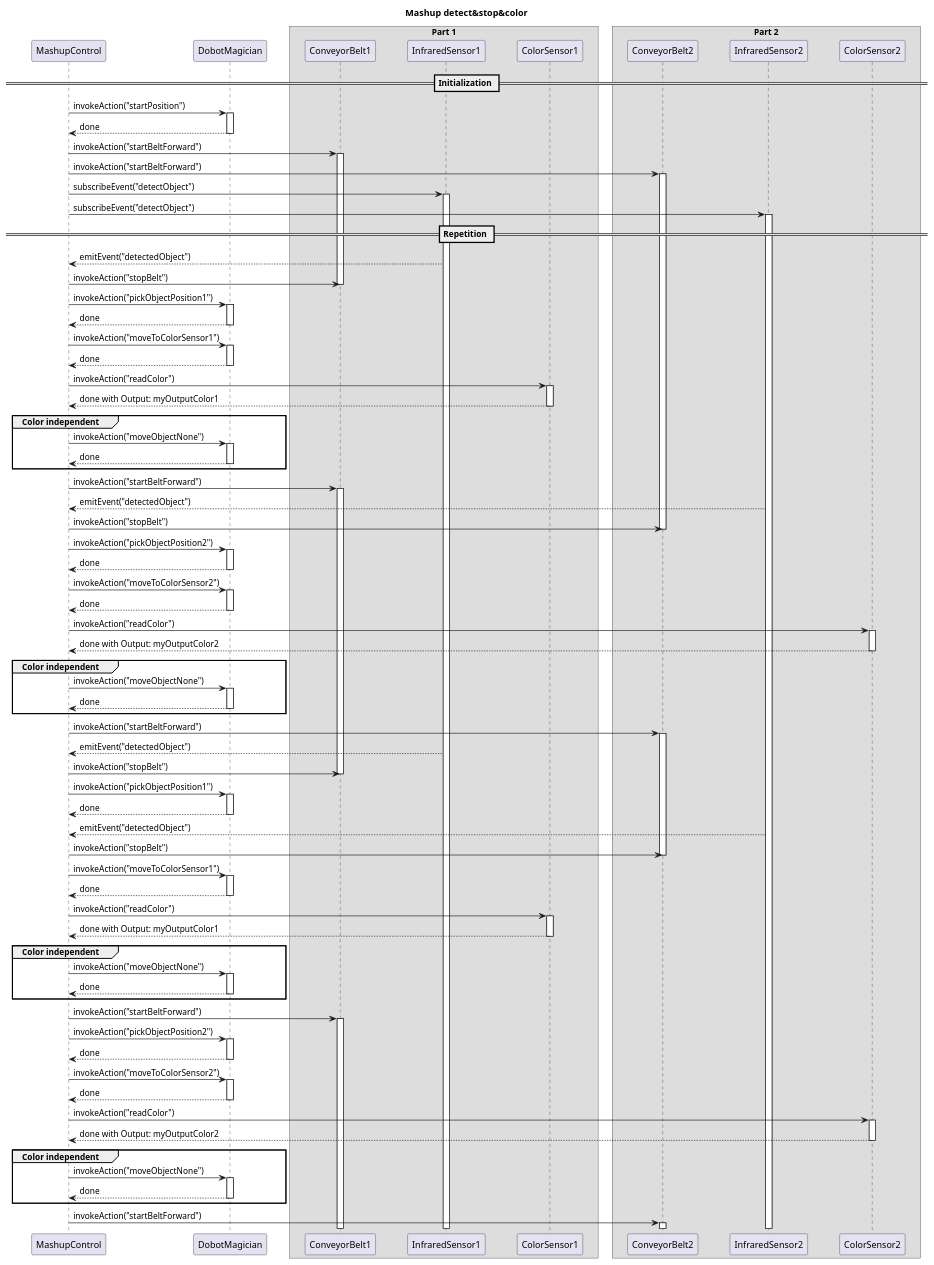
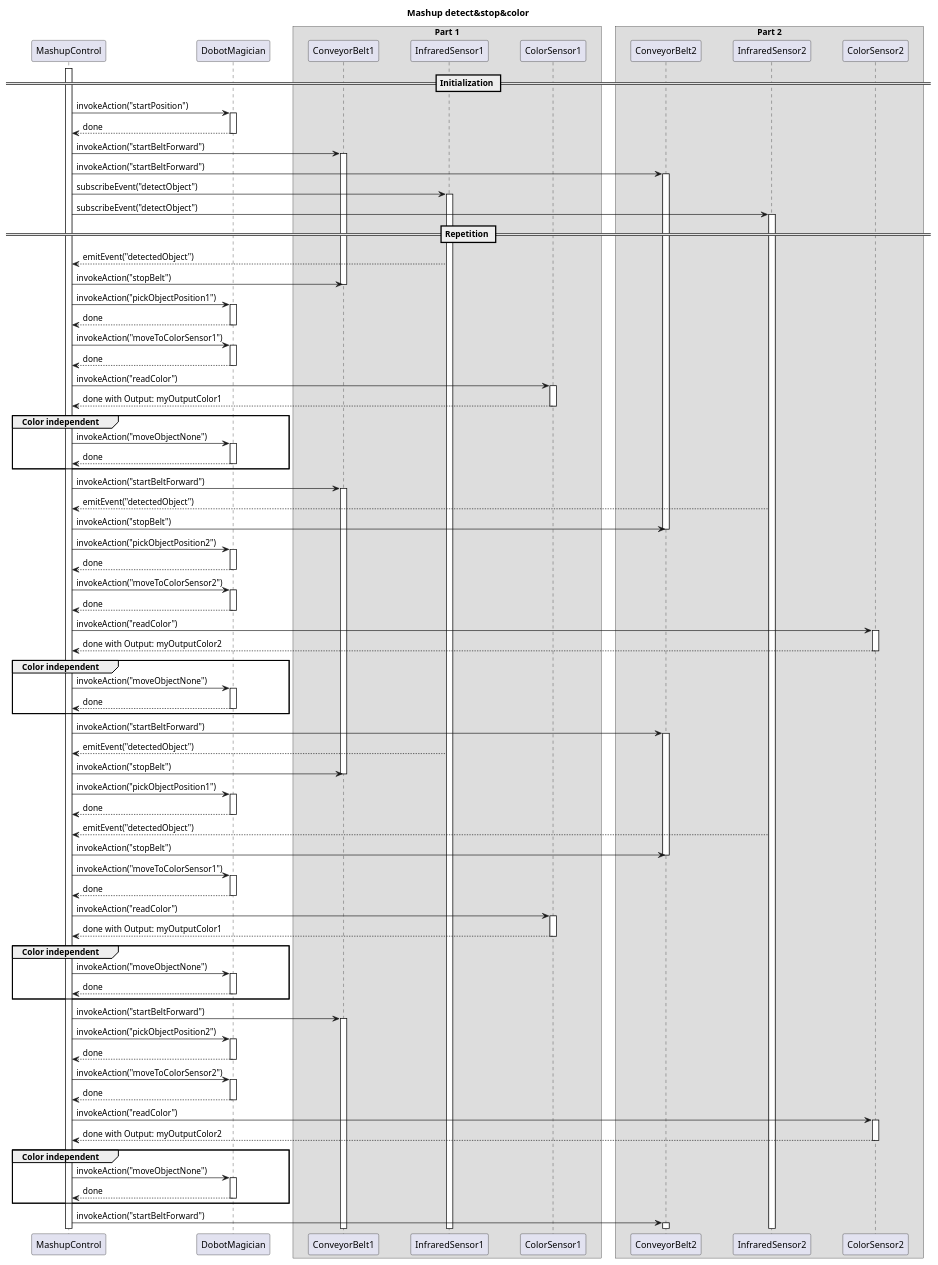
One commit to tum-esi/wot-sys changed the diagram in SequenceDiagrams/SequenceDiagramUML_mashup_detect_stop_color.wsd. Above: the diagram before and after it, drawn with PlantUML.

```diff
--- a/SequenceDiagrams/SequenceDiagramUML_mashup_detect_stop_color.wsd
+++ b/SequenceDiagrams/SequenceDiagramUML_mashup_detect_stop_color.wsd
@@ -1,142 +1,144 @@
 @startuml
 
 title Mashup detect&stop&color
 
 skinparam ParticipantPadding 20
 skinparam BoxPadding 10
 
 participant MashupControl as MC
 participant DobotMagician as DM
 
 box "Part 1"
 participant ConveyorBelt1 as CB1
 participant InfraredSensor1 as IS1
 participant ColorSensor1 as CS1
 end box
 
 box "Part 2"
 participant ConveyorBelt2 as CB2
 participant InfraredSensor2 as IS2
 participant ColorSensor2 as CS2
 end box
 
 
 == Initialization ==
+
+activate MC
 
 MC -> DM: invokeAction("startPosition")
 activate DM
 MC <-- DM: done
 deactivate DM
 
 MC -> CB1: invokeAction("startBeltForward")
 activate CB1
 MC -> CB2: invokeAction("startBeltForward")
 activate CB2
 
 MC -> IS1: subscribeEvent("detectObject")
 activate IS1
 
 MC -> IS2: subscribeEvent("detectObject")
 activate IS2
 
 == Repetition ==
 
 MC <-- IS1: emitEvent("detectedObject")
 MC -> CB1: invokeAction("stopBelt")
 deactivate CB1
 MC -> DM: invokeAction("pickObjectPosition1")
 activate DM
 MC <-- DM: done
 deactivate DM
 MC -> DM: invokeAction("moveToColorSensor1")
 activate DM
 MC <-- DM: done
 deactivate DM
 MC -> CS1: invokeAction("readColor")
 activate CS1
 MC <-- CS1: done with Output: myOutputColor1
 deactivate CS1
 group Color independent
 MC -> DM: invokeAction("moveObjectNone")
 activate DM
 MC <-- DM: done
 deactivate DM
 end
 MC -> CB1: invokeAction("startBeltForward")
 activate CB1
 
 
 MC <-- IS2: emitEvent("detectedObject")
 MC -> CB2: invokeAction("stopBelt")
 deactivate CB2
 MC -> DM: invokeAction("pickObjectPosition2")
 activate DM
 MC <-- DM: done
 deactivate DM
 MC -> DM: invokeAction("moveToColorSensor2")
 activate DM
 MC <-- DM: done
 deactivate DM
 MC -> CS2: invokeAction("readColor")
 activate CS2
 MC <-- CS2: done with Output: myOutputColor2
 deactivate CS2
 group Color independent
 MC -> DM: invokeAction("moveObjectNone")
 activate DM
 MC <-- DM: done
 deactivate DM
 end
 MC -> CB2: invokeAction("startBeltForward")
 activate CB2
 
 MC <-- IS1: emitEvent("detectedObject")
 MC -> CB1: invokeAction("stopBelt")
 deactivate CB1
 MC -> DM: invokeAction("pickObjectPosition1")
 activate DM
 MC <-- DM: done
 deactivate DM
 
 MC <-- IS2: emitEvent("detectedObject")
 MC -> CB2: invokeAction("stopBelt")
 deactivate CB2
 
 MC -> DM: invokeAction("moveToColorSensor1")
 activate DM
 MC <-- DM: done
 deactivate DM
 MC -> CS1: invokeAction("readColor")
 activate CS1
 MC <-- CS1: done with Output: myOutputColor1
 deactivate CS1
 group Color independent
 MC -> DM: invokeAction("moveObjectNone")
 activate DM
 MC <-- DM: done
 deactivate DM
 end
 MC -> CB1: invokeAction("startBeltForward")
 activate CB1
 
 MC -> DM: invokeAction("pickObjectPosition2")
 activate DM
 MC <-- DM: done
 deactivate DM
 MC -> DM: invokeAction("moveToColorSensor2")
 activate DM
 MC <-- DM: done
 deactivate DM
 MC -> CS2: invokeAction("readColor")
 activate CS2
 MC <-- CS2: done with Output: myOutputColor2
 deactivate CS2
 group Color independent
 MC -> DM: invokeAction("moveObjectNone")
 activate DM
 MC <-- DM: done
 deactivate DM
 end
 MC -> CB2: invokeAction("startBeltForward")
 activate CB2
 @enduml
```
